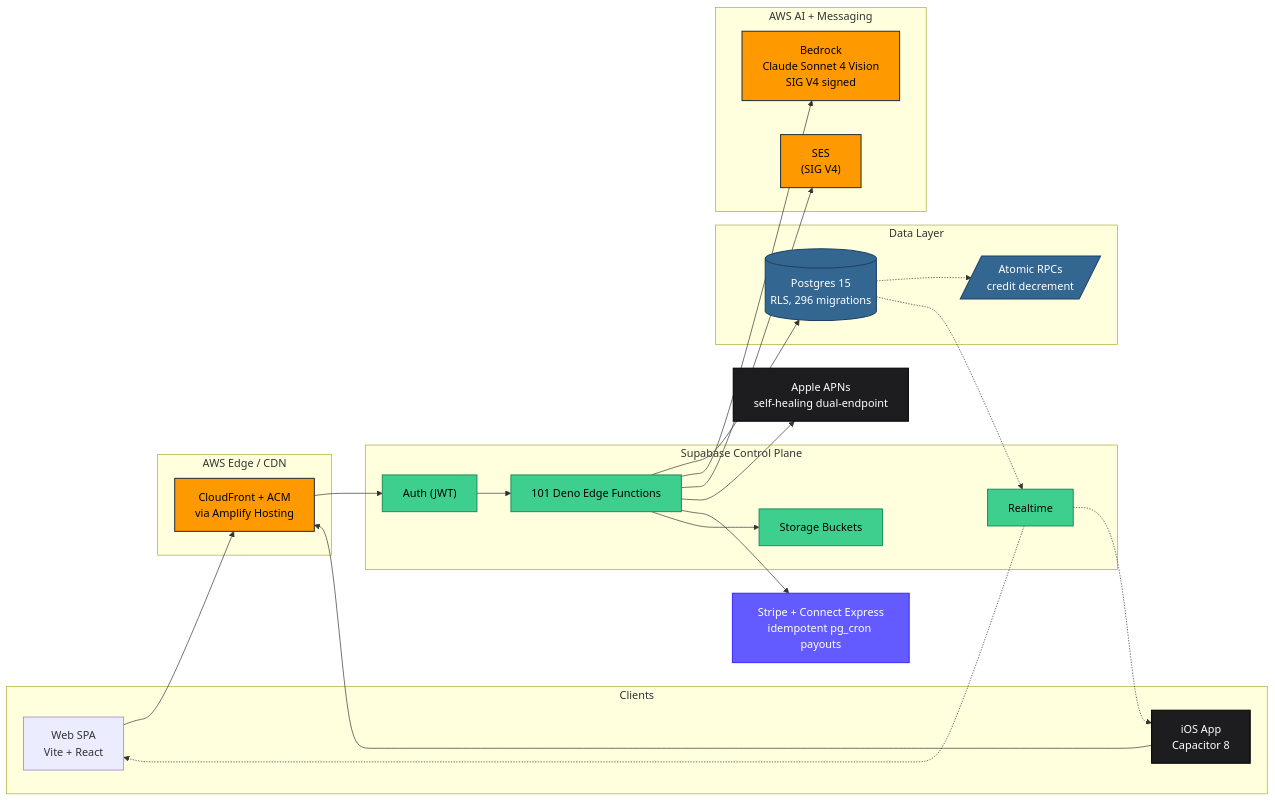
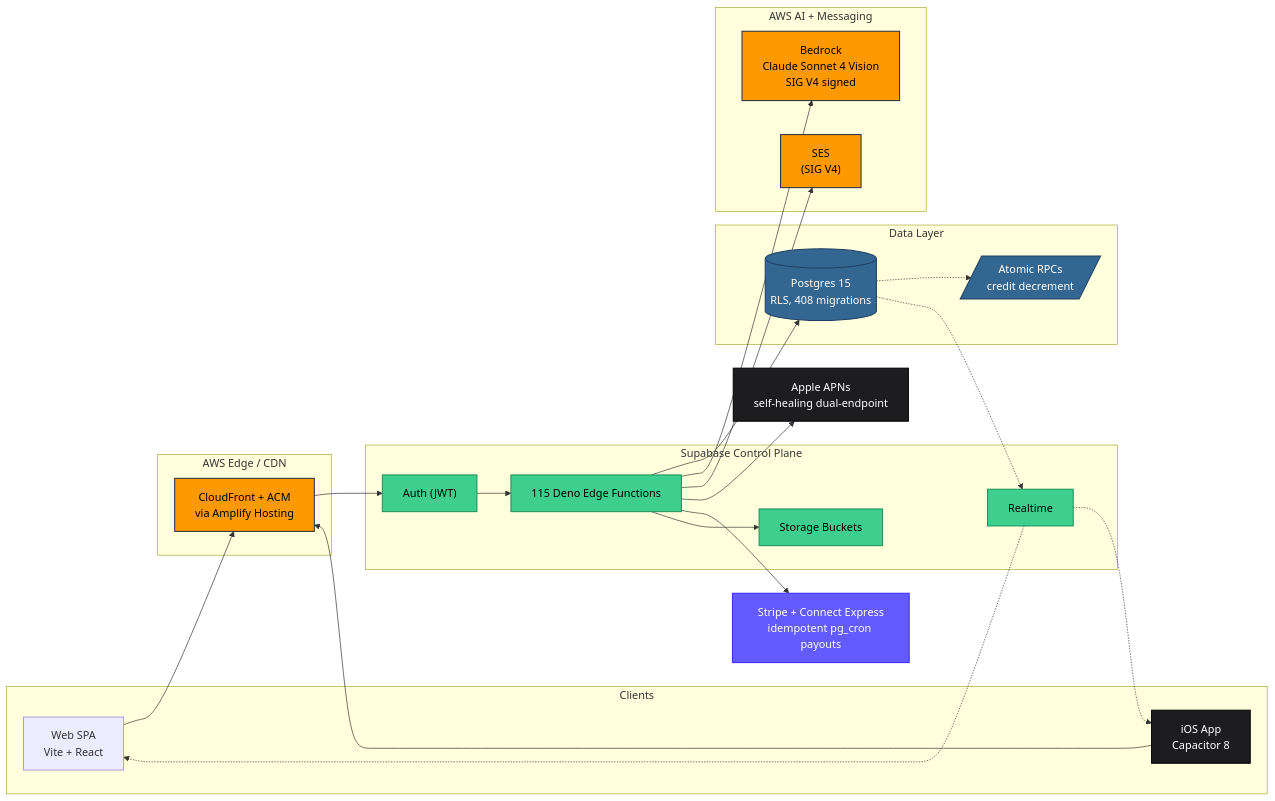
Before and after one commit to jashabalcom/swing-institute-architecture: the first of 2 diagrams in README.md, drawn with Mermaid. The commit also changed other lines of this file and 3 other files, not shown here.

````diff
--- a/README.md
+++ b/README.md
@@ -63,58 +63,58 @@
 ```mermaid
 flowchart LR
     subgraph CLIENTS["Clients"]
         web["Web SPA<br/>Vite + React"]
         ios["iOS App<br/>Capacitor 8"]
     end
 
     subgraph AWS_EDGE["AWS Edge / CDN"]
         cf["CloudFront + ACM<br/>via Amplify Hosting"]
     end
 
     subgraph SUPABASE["Supabase Control Plane"]
         auth["Auth (JWT)"]
-        fns["101 Deno Edge Functions"]
+        fns["115 Deno Edge Functions"]
         storage["Storage Buckets"]
         rt["Realtime"]
     end
 
     subgraph DATA["Data Layer"]
-        pg[("Postgres 15<br/>RLS, 296 migrations")]
+        pg[("Postgres 15<br/>RLS, 408 migrations")]
         rpc[/"Atomic RPCs<br/>credit decrement"/]
     end
 
     subgraph AWS_AI["AWS AI + Messaging"]
         bedrock["Bedrock<br/>Claude Sonnet 4 Vision<br/>SIG V4 signed"]
         ses["SES<br/>(SIG V4)"]
     end
 
     apns["Apple APNs<br/>self-healing dual-endpoint"]
     stripe["Stripe + Connect Express<br/>idempotent pg_cron payouts"]
 
     web --> cf
     ios --> cf
     cf --> auth
     auth --> fns
     fns --> pg
     pg -.-> rpc
     fns --> bedrock
     fns --> ses
     fns --> apns
     fns --> stripe
     fns --> storage
     pg -.-> rt
     rt -.-> web
     rt -.-> ios
 
     classDef aws fill:#FF9900,stroke:#232F3E,color:#000,stroke-width:1.5px
     classDef supabase fill:#3ECF8E,stroke:#1F8F5C,color:#000,stroke-width:1.5px
     classDef stripe_n fill:#635BFF,stroke:#3D2BFF,color:#fff,stroke-width:1.5px
     classDef apple fill:#1d1d1f,stroke:#000,color:#fff,stroke-width:1.5px
     classDef pg fill:#336791,stroke:#1F4060,color:#fff,stroke-width:1.5px
 
     class cf,bedrock,ses aws
     class auth,fns,storage,rt supabase
     class stripe stripe_n
     class apns,ios apple
     class pg,rpc pg
 ```
````
